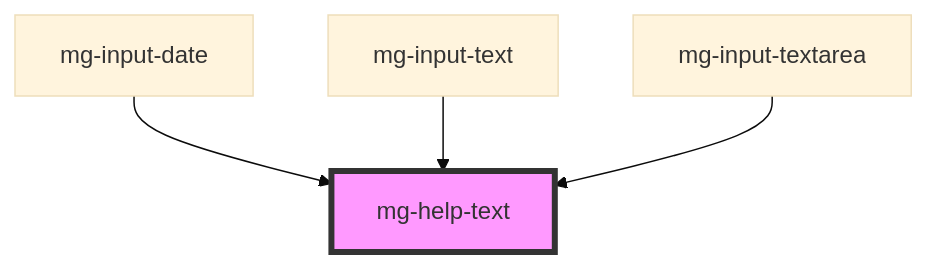
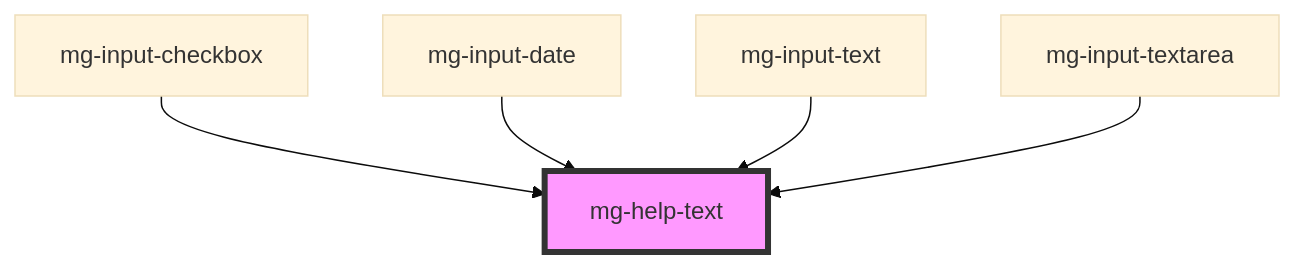
Before and after one commit to MGDIS/mg-components: the diagram in src/components/atoms/mg-help-text/readme.md, drawn with Mermaid (base theme). The commit also changed other lines of this file and 14 other files, not shown here.

Commit message:
fix(mg-input-checkbox): use locale values on readonly component

````diff
--- a/src/components/atoms/mg-help-text/readme.md
+++ b/src/components/atoms/mg-help-text/readme.md
@@ -24,7 +25,8 @@
 ```mermaid
 graph TD;
+  mg-input-checkbox --> mg-help-text
   mg-input-date --> mg-help-text
   mg-input-text --> mg-help-text
   mg-input-textarea --> mg-help-text
   style mg-help-text fill:#f9f,stroke:#333,stroke-width:4px
 ```
````
